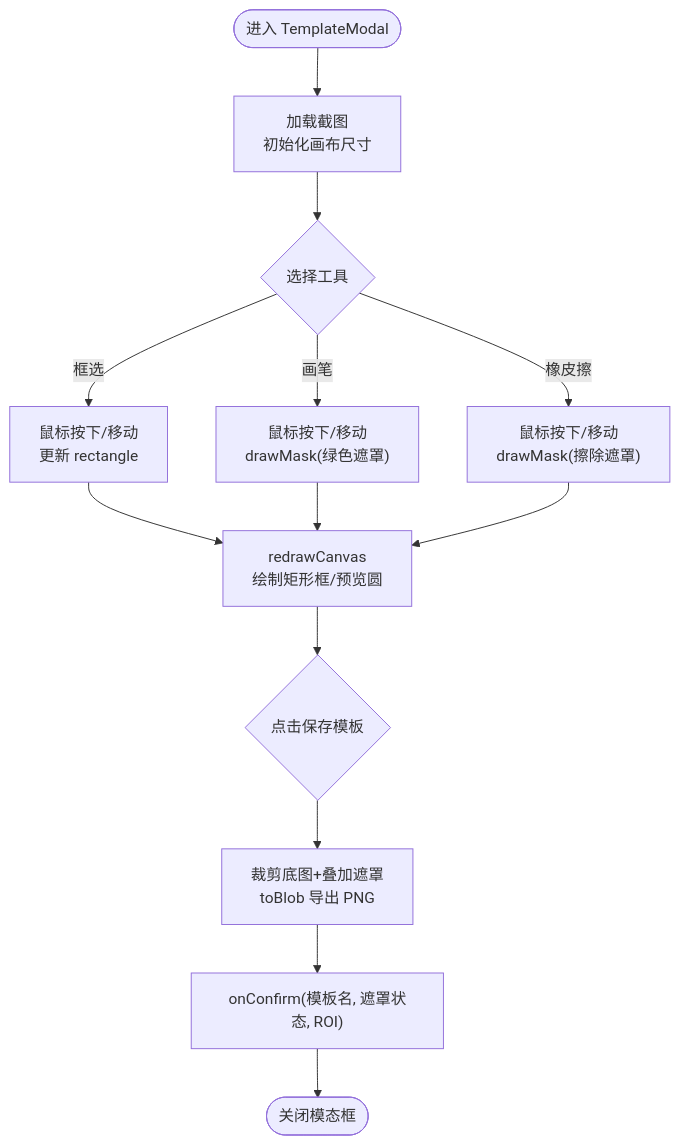
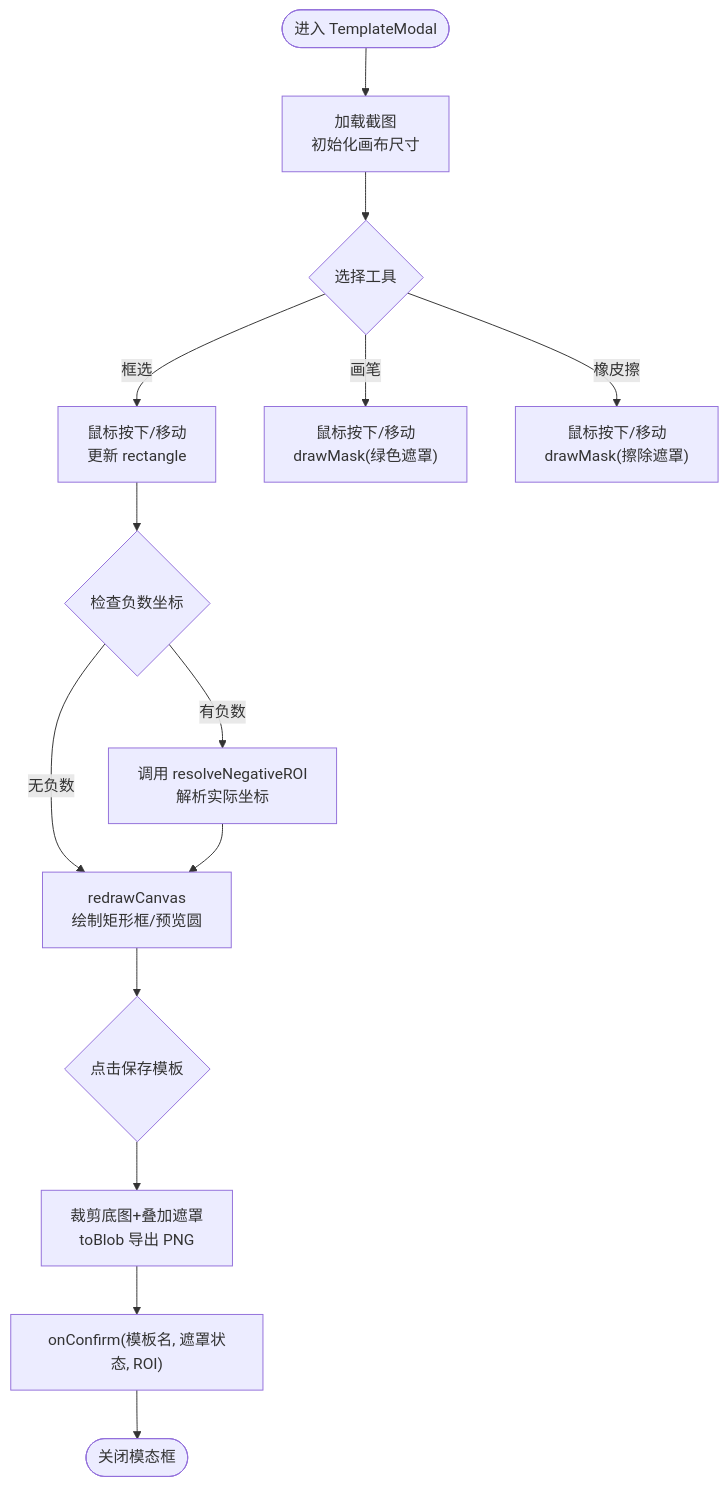
One commit to kqcoxn/MaaPipelineEditor changed the third of 4 diagrams in .qoder/repowiki/zh/content/核心概念/模板创建模态框.md. Above: the diagram before and after it, drawn with Mermaid. The commit also changed other lines of this file and 9 other files, not shown here.

````diff
--- a/.qoder/repowiki/zh/content/核心概念/模板创建模态框.md
+++ b/.qoder/repowiki/zh/content/核心概念/模板创建模态框.md
@@ -148,15 +171,16 @@
 ```mermaid
 flowchart TD
 Start(["进入 TemplateModal"]) --> Load["加载截图<br/>初始化画布尺寸"]
 Load --> Tools{"选择工具"}
 Tools --> |框选| Select["鼠标按下/移动<br/>更新 rectangle"]
 Tools --> |画笔| Brush["鼠标按下/移动<br/>drawMask(绿色遮罩)"]
 Tools --> |橡皮擦| Eraser["鼠标按下/移动<br/>drawMask(擦除遮罩)"]
-Select --> Preview["redrawCanvas<br/>绘制矩形框/预览圆"]
-Brush --> Preview
-Eraser --> Preview
+Select --> CheckCoord{"检查负数坐标"}
+CheckCoord --> |有负数| Resolve["调用 resolveNegativeROI<br/>解析实际坐标"]
+CheckCoord --> |无负数| Preview["redrawCanvas<br/>绘制矩形框/预览圆"]
+Resolve --> Preview
 Preview --> Save{"点击保存模板"}
 Save --> Export["裁剪底图+叠加遮罩<br/>toBlob 导出 PNG"]
 Export --> Confirm["onConfirm(模板名, 遮罩状态, ROI)"]
 Confirm --> End(["关闭模态框"])
 ```
````
